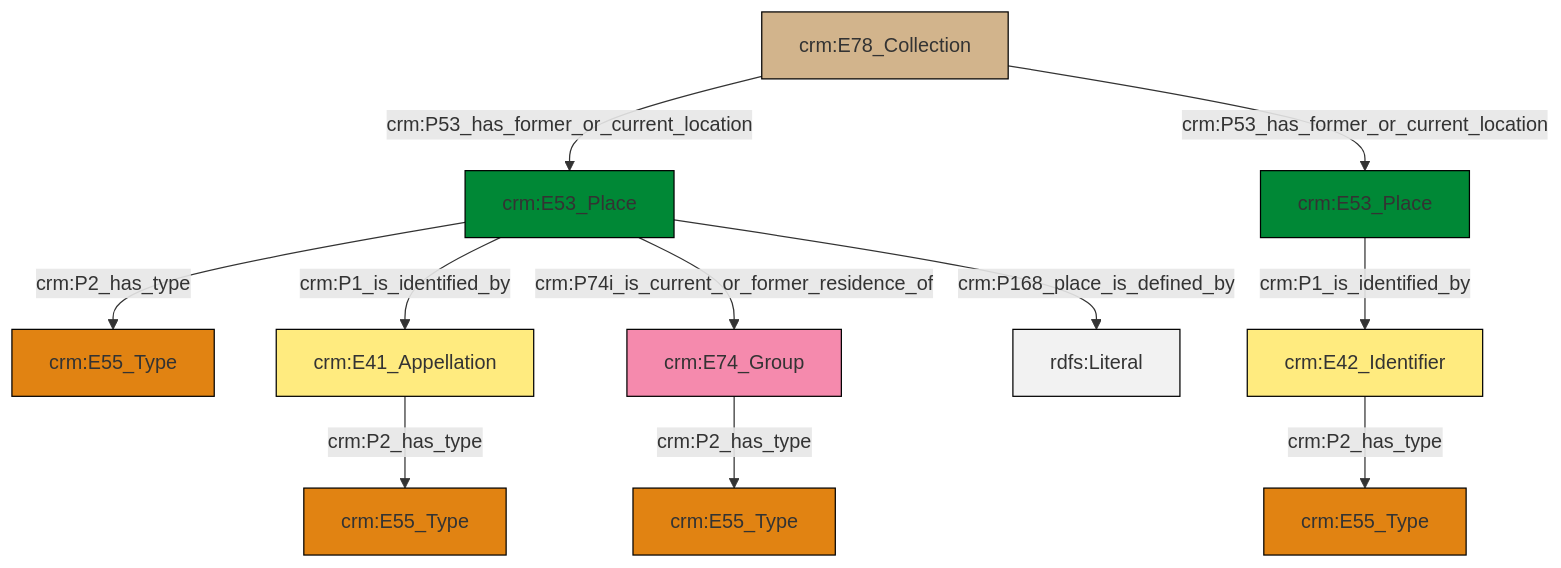
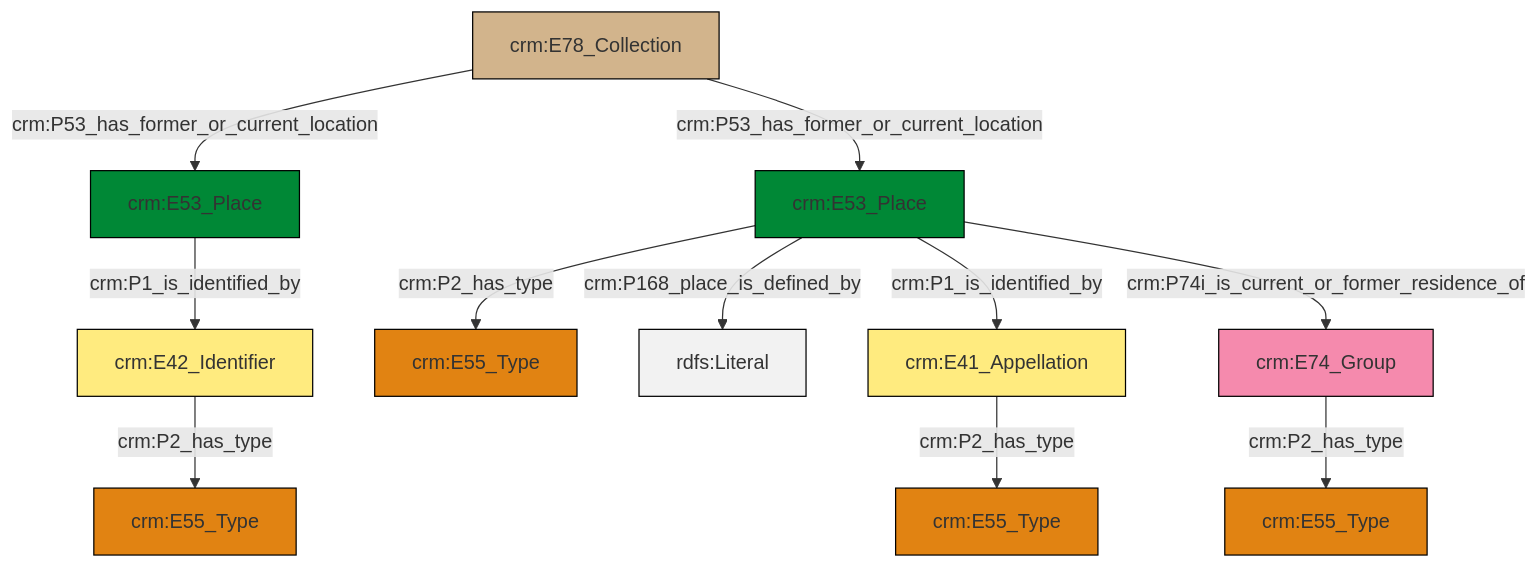
The diagram in et/archivalCSV/ttl/mmd/archival_location.ttl.mmd (swiss-art-research-net/docs.swissartresearch), drawn with Mermaid before and after one commit. The commit also changed 181 other files, not shown here.

```diff
--- a/et/archivalCSV/ttl/mmd/archival_location.ttl.mmd
+++ b/et/archivalCSV/ttl/mmd/archival_location.ttl.mmd
@@ -1,25 +1,25 @@
 graph TD
 classDef Literal fill:#f2f2f2,stroke:#000000;
 classDef CRM_Entity fill:#FFFFFF,stroke:#000000;
 classDef Temporal_Entity fill:#00C9E6, stroke:#000000;
 classDef Type fill:#E18312, stroke:#000000;
 classDef Time-Span fill:#2C9C91, stroke:#000000;
 classDef Appellation fill:#FFEB7F, stroke:#000000;
 classDef Place fill:#008836, stroke:#000000;
 classDef Persistent_Item fill:#B266B2, stroke:#000000;
 classDef Conceptual_Object fill:#FFD700, stroke:#000000;
 classDef Physical_Thing fill:#D2B48C, stroke:#000000;
 classDef Actor fill:#f58aad, stroke:#000000;
 classDef PC_Classes fill:#4ce600, stroke:#000000;
 classDef Multi fill:#cccccc,stroke:#000000;
 
+2["crm:E74_Group"]:::Actor -->|crm:P2_has_type| 0["crm:E55_Type"]:::Type
+3["crm:E53_Place"]:::Place -->|crm:P2_has_type| 4["crm:E55_Type"]:::Type
+3["crm:E53_Place"]:::Place -->|crm:P168_place_is_defined_by| 5[rdfs:Literal]:::Literal
 6["crm:E78_Collection"]:::Physical_Thing -->|crm:P53_has_former_or_current_location| 7["crm:E53_Place"]:::Place
-8["crm:E41_Appellation"]:::Appellation -->|crm:P2_has_type| 0["crm:E55_Type"]:::Type
-6["crm:E78_Collection"]:::Physical_Thing -->|crm:P53_has_former_or_current_location| 18["crm:E53_Place"]:::Place
-7["crm:E53_Place"]:::Place -->|crm:P2_has_type| 10["crm:E55_Type"]:::Type
-16["crm:E42_Identifier"]:::Appellation -->|crm:P2_has_type| 4["crm:E55_Type"]:::Type
-14["crm:E74_Group"]:::Actor -->|crm:P2_has_type| 2["crm:E55_Type"]:::Type
-7["crm:E53_Place"]:::Place -->|crm:P1_is_identified_by| 8["crm:E41_Appellation"]:::Appellation
-18["crm:E53_Place"]:::Place -->|crm:P1_is_identified_by| 16["crm:E42_Identifier"]:::Appellation
-7["crm:E53_Place"]:::Place -->|crm:P74i_is_current_or_former_residence_of| 14["crm:E74_Group"]:::Actor
-7["crm:E53_Place"]:::Place -->|crm:P168_place_is_defined_by| 24[rdfs:Literal]:::Literal
+11["crm:E41_Appellation"]:::Appellation -->|crm:P2_has_type| 12["crm:E55_Type"]:::Type
+13["crm:E42_Identifier"]:::Appellation -->|crm:P2_has_type| 9["crm:E55_Type"]:::Type
+3["crm:E53_Place"]:::Place -->|crm:P1_is_identified_by| 11["crm:E41_Appellation"]:::Appellation
+6["crm:E78_Collection"]:::Physical_Thing -->|crm:P53_has_former_or_current_location| 3["crm:E53_Place"]:::Place
+3["crm:E53_Place"]:::Place -->|crm:P74i_is_current_or_former_residence_of| 2["crm:E74_Group"]:::Actor
+7["crm:E53_Place"]:::Place -->|crm:P1_is_identified_by| 13["crm:E42_Identifier"]:::Appellation
```
